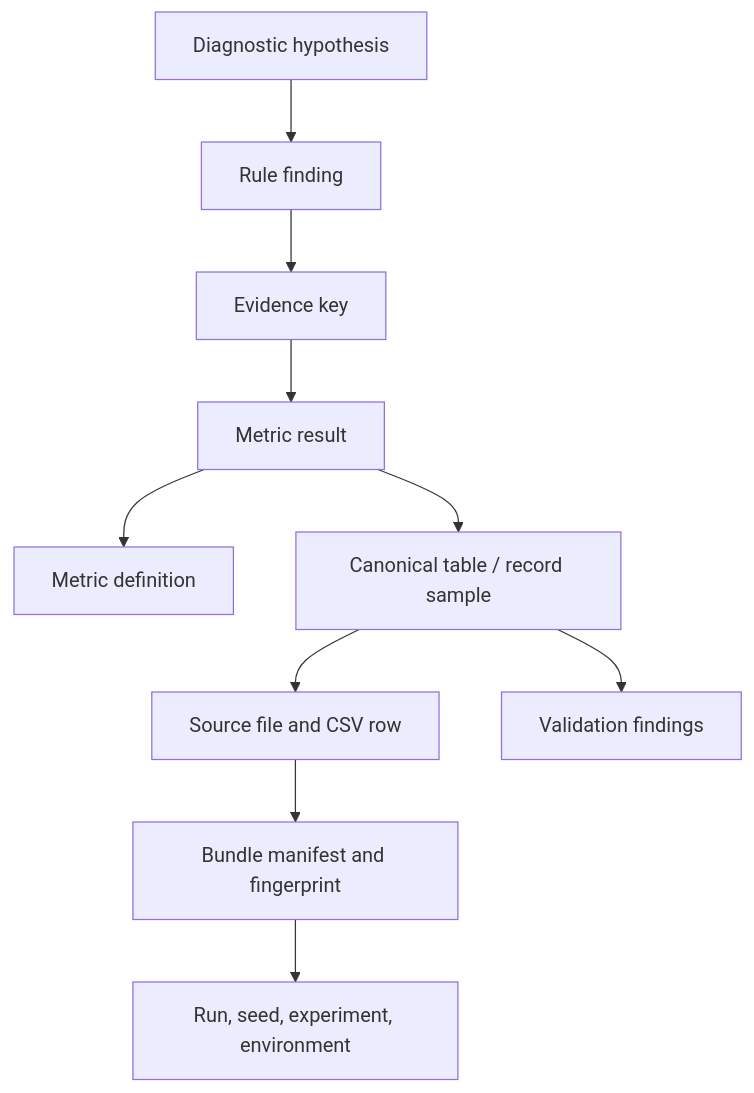
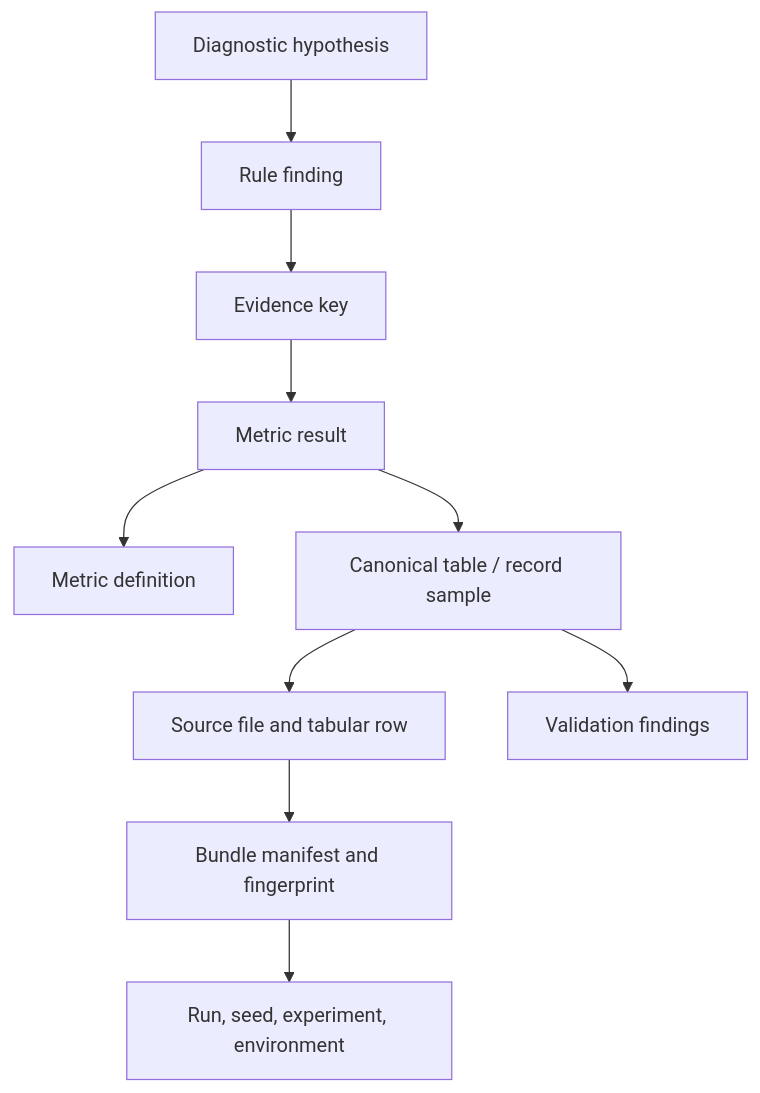
One commit to Abdulla4akash/traffictwin changed the diagram in docs/provenance_explorer.md. Above: the diagram before and after it, drawn with Mermaid. The commit also changed other lines of this file and 566 other files, not shown here.

````diff
--- a/docs/provenance_explorer.md
+++ b/docs/provenance_explorer.md
@@ -6,12 +6,12 @@
 ```mermaid
 flowchart TD
     Hypothesis[Diagnostic hypothesis] --> Finding[Rule finding]
     Finding --> EvidenceKey[Evidence key]
     EvidenceKey --> Metric[Metric result]
     Metric --> Definition[Metric definition]
     Metric --> Canonical[Canonical table / record sample]
-    Canonical --> SourceRow[Source file and CSV row]
+    Canonical --> SourceRow[Source file and tabular row]
     Canonical --> Validation[Validation findings]
     SourceRow --> Bundle[Bundle manifest and fingerprint]
     Bundle --> Run[Run, seed, experiment, environment]
 ```
````
